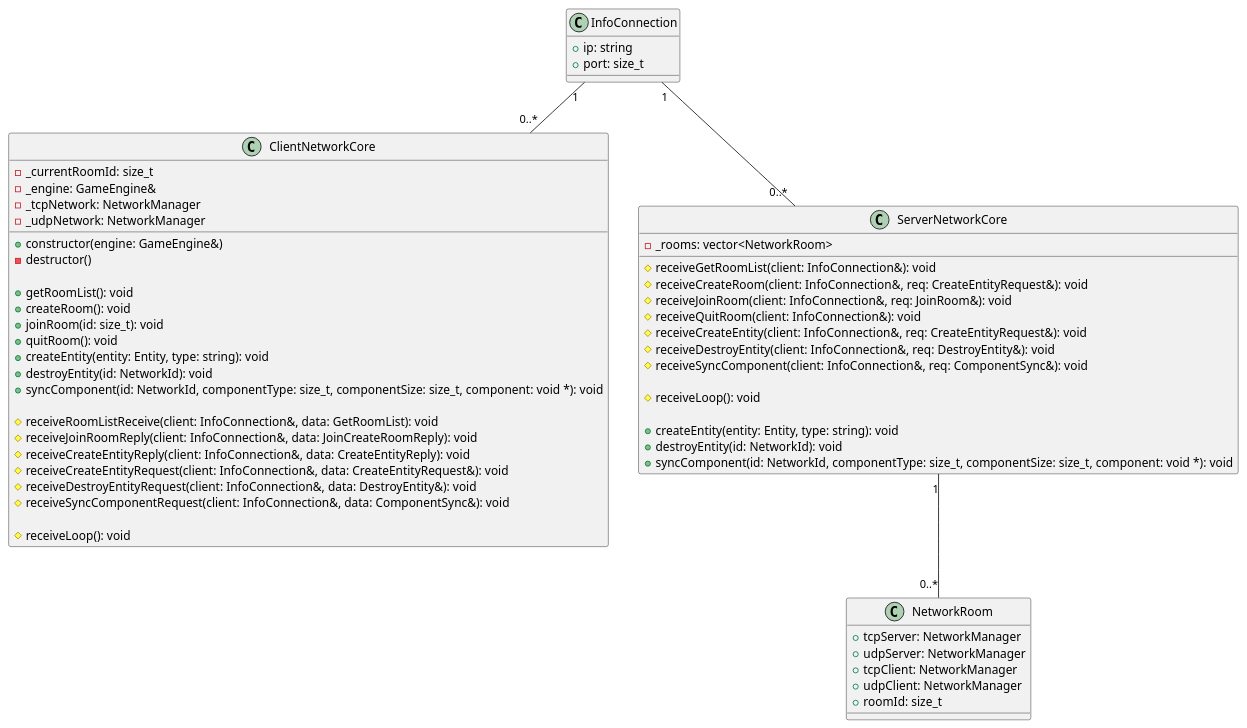
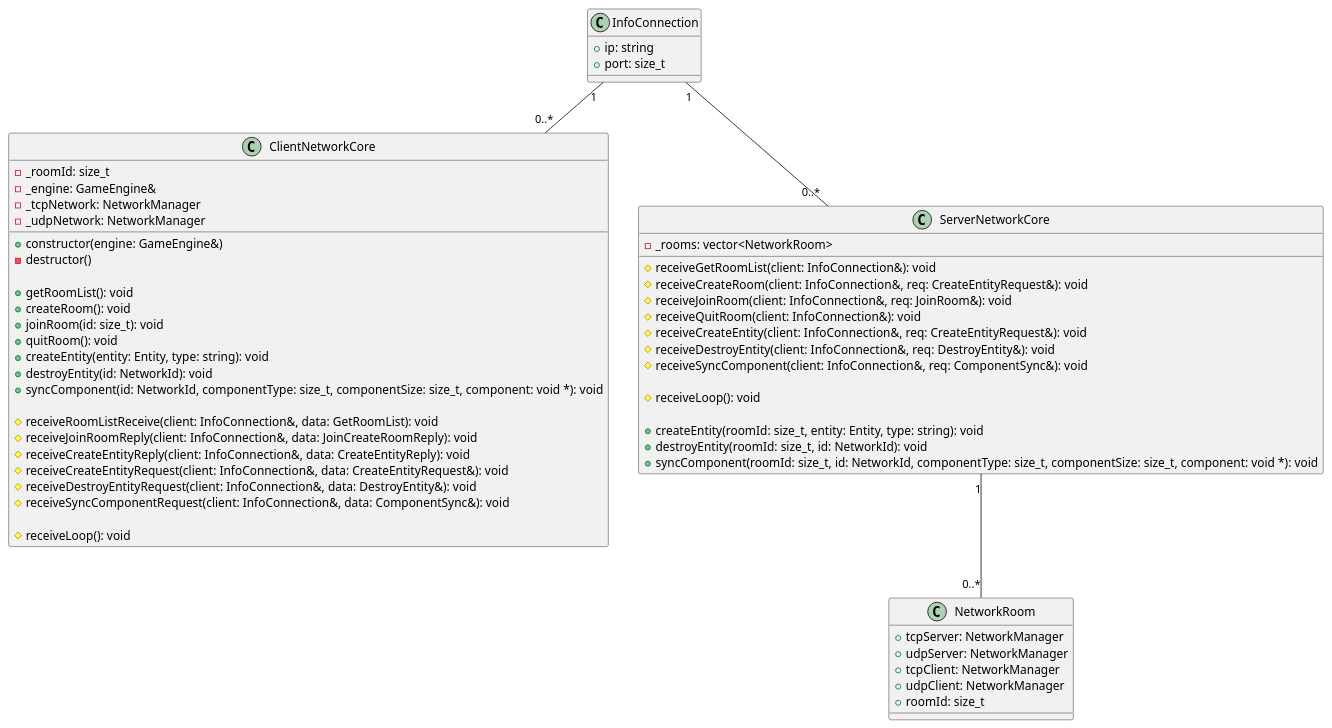
One commit to SimonRacaud/RType-engine changed the diagram in doc/Network.puml. Above: the diagram before and after it, drawn with PlantUML.

Commit message:
doc(network): in uml add room id, in client network core methods parameter

```diff
--- a/doc/Network.puml
+++ b/doc/Network.puml
@@ -1,65 +1,65 @@
 @startuml
 'https://plantuml.com/class-diagram
 
 class ClientNetworkCore {
     + constructor(engine: GameEngine&)
     - destructor()
 
     + getRoomList(): void
     + createRoom(): void
     + joinRoom(id: size_t): void
     + quitRoom(): void
     + createEntity(entity: Entity, type: string): void
     + destroyEntity(id: NetworkId): void
     + syncComponent(id: NetworkId, componentType: size_t, componentSize: size_t, component: void *): void
 
     # receiveRoomListReceive(client: InfoConnection&, data: GetRoomList): void
     # receiveJoinRoomReply(client: InfoConnection&, data: JoinCreateRoomReply): void
     # receiveCreateEntityReply(client: InfoConnection&, data: CreateEntityReply): void
     # receiveCreateEntityRequest(client: InfoConnection&, data: CreateEntityRequest&): void
     # receiveDestroyEntityRequest(client: InfoConnection&, data: DestroyEntity&): void
     # receiveSyncComponentRequest(client: InfoConnection&, data: ComponentSync&): void
 
     # receiveLoop(): void
 
-    - _currentRoomId: size_t
+    - _roomId: size_t
     - _engine: GameEngine&
     - _tcpNetwork: NetworkManager
     - _udpNetwork: NetworkManager
 }
 
 class ServerNetworkCore {
     # receiveGetRoomList(client: InfoConnection&): void
     # receiveCreateRoom(client: InfoConnection&, req: CreateEntityRequest&): void
     # receiveJoinRoom(client: InfoConnection&, req: JoinRoom&): void
     # receiveQuitRoom(client: InfoConnection&): void
     # receiveCreateEntity(client: InfoConnection&, req: CreateEntityRequest&): void
     # receiveDestroyEntity(client: InfoConnection&, req: DestroyEntity&): void
     # receiveSyncComponent(client: InfoConnection&, req: ComponentSync&): void
 
     # receiveLoop(): void
 
-    + createEntity(entity: Entity, type: string): void
-    + destroyEntity(id: NetworkId): void
-    + syncComponent(id: NetworkId, componentType: size_t, componentSize: size_t, component: void *): void
+    + createEntity(roomId: size_t, entity: Entity, type: string): void
+    + destroyEntity(roomId: size_t, id: NetworkId): void
+    + syncComponent(roomId: size_t, id: NetworkId, componentType: size_t, componentSize: size_t, component: void *): void
 
     - _rooms: vector<NetworkRoom>
 }
 ServerNetworkCore "1" -- "0..*" NetworkRoom
 
 class InfoConnection {
     + ip: string
     + port: size_t
 }
 InfoConnection "1" -- "0..*" ServerNetworkCore
 InfoConnection "1" -- "0..*" ClientNetworkCore
 
 class NetworkRoom {
     + tcpServer: NetworkManager
     + udpServer: NetworkManager
     + tcpClient: NetworkManager
     + udpClient: NetworkManager
     + roomId: size_t
 }
 
 @enduml
```
